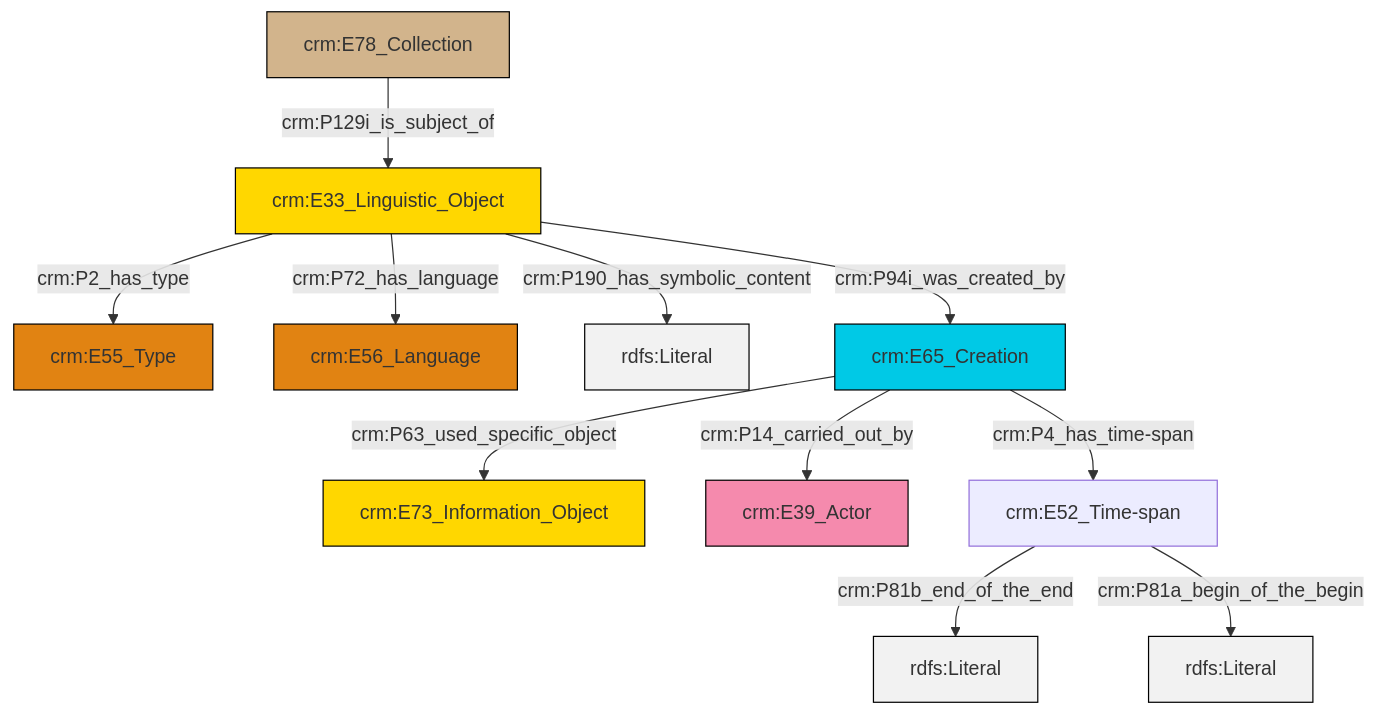
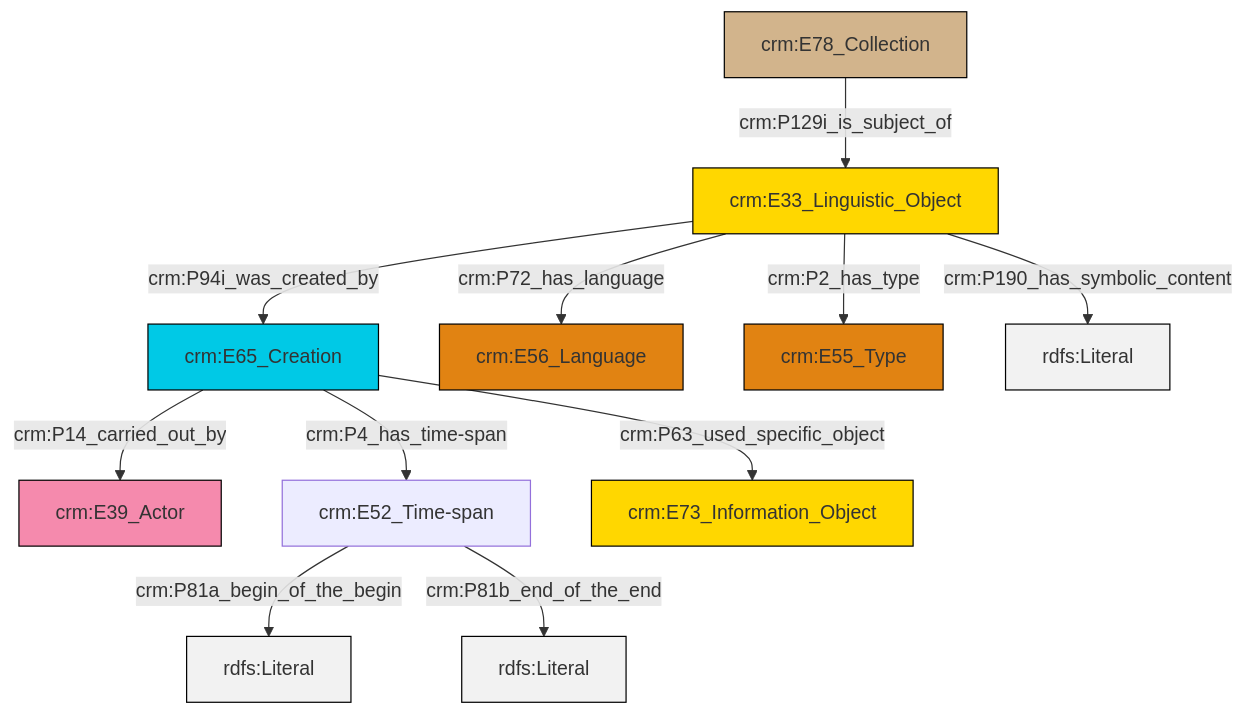
One commit to swiss-art-research-net/docs.swissartresearch changed the diagram in et/archivalCSV/ttl/mmd/archival_desc.ttl.mmd. Above: the diagram before and after it, drawn with Mermaid. The commit also changed 218 other files, not shown here.

```diff
--- a/et/archivalCSV/ttl/mmd/archival_desc.ttl.mmd
+++ b/et/archivalCSV/ttl/mmd/archival_desc.ttl.mmd
@@ -1,25 +1,25 @@
 graph TD
 classDef Literal fill:#f2f2f2,stroke:#000000;
 classDef CRM_Entity fill:#FFFFFF,stroke:#000000;
 classDef Temporal_Entity fill:#00C9E6, stroke:#000000;
 classDef Type fill:#E18312, stroke:#000000;
 classDef Time-Span fill:#2C9C91, stroke:#000000;
 classDef Appellation fill:#FFEB7F, stroke:#000000;
 classDef Place fill:#008836, stroke:#000000;
 classDef Persistent_Item fill:#B266B2, stroke:#000000;
 classDef Conceptual_Object fill:#FFD700, stroke:#000000;
 classDef Physical_Thing fill:#D2B48C, stroke:#000000;
 classDef Actor fill:#f58aad, stroke:#000000;
 classDef PC_Classes fill:#4ce600, stroke:#000000;
 classDef Multi fill:#cccccc,stroke:#000000;
 
-0["crm:E33_Linguistic_Object"]:::Conceptual_Object -->|crm:P2_has_type| 1["crm:E55_Type"]:::Type
-0["crm:E33_Linguistic_Object"]:::Conceptual_Object -->|crm:P190_has_symbolic_content| 6[rdfs:Literal]:::Literal
-7["crm:E65_Creation"]:::Temporal_Entity -->|crm:P14_carried_out_by| 8["crm:E39_Actor"]:::Actor
-0["crm:E33_Linguistic_Object"]:::Conceptual_Object -->|crm:P72_has_language| 4["crm:E56_Language"]:::Type
-7["crm:E65_Creation"]:::Temporal_Entity -->|crm:P63_used_specific_object| 2["crm:E73_Information_Object"]:::Conceptual_Object
-10["crm:E52_Time-span"]:::Default -->|crm:P81b_end_of_the_end| 13[rdfs:Literal]:::Literal
-0["crm:E33_Linguistic_Object"]:::Conceptual_Object -->|crm:P94i_was_created_by| 7["crm:E65_Creation"]:::Temporal_Entity
-7["crm:E65_Creation"]:::Temporal_Entity -->|crm:P4_has_time-span| 10["crm:E52_Time-span"]:::Default
-14["crm:E78_Collection"]:::Physical_Thing -->|crm:P129i_is_subject_of| 0["crm:E33_Linguistic_Object"]:::Conceptual_Object
-10["crm:E52_Time-span"]:::Default -->|crm:P81a_begin_of_the_begin| 16[rdfs:Literal]:::Literal
+0["crm:E65_Creation"]:::Temporal_Entity -->|crm:P14_carried_out_by| 1["crm:E39_Actor"]:::Actor
+5["crm:E33_Linguistic_Object"]:::Conceptual_Object -->|crm:P94i_was_created_by| 0["crm:E65_Creation"]:::Temporal_Entity
+5["crm:E33_Linguistic_Object"]:::Conceptual_Object -->|crm:P72_has_language| 6["crm:E56_Language"]:::Type
+0["crm:E65_Creation"]:::Temporal_Entity -->|crm:P63_used_specific_object| 11["crm:E73_Information_Object"]:::Conceptual_Object
+0["crm:E65_Creation"]:::Temporal_Entity -->|crm:P4_has_time-span| 3["crm:E52_Time-span"]:::Default
+3["crm:E52_Time-span"]:::Default -->|crm:P81a_begin_of_the_begin| 12[rdfs:Literal]:::Literal
+5["crm:E33_Linguistic_Object"]:::Conceptual_Object -->|crm:P190_has_symbolic_content| 13[rdfs:Literal]:::Literal
+5["crm:E33_Linguistic_Object"]:::Conceptual_Object -->|crm:P2_has_type| 8["crm:E55_Type"]:::Type
+3["crm:E52_Time-span"]:::Default -->|crm:P81b_end_of_the_end| 18[rdfs:Literal]:::Literal
+15["crm:E78_Collection"]:::Physical_Thing -->|crm:P129i_is_subject_of| 5["crm:E33_Linguistic_Object"]:::Conceptual_Object
```
